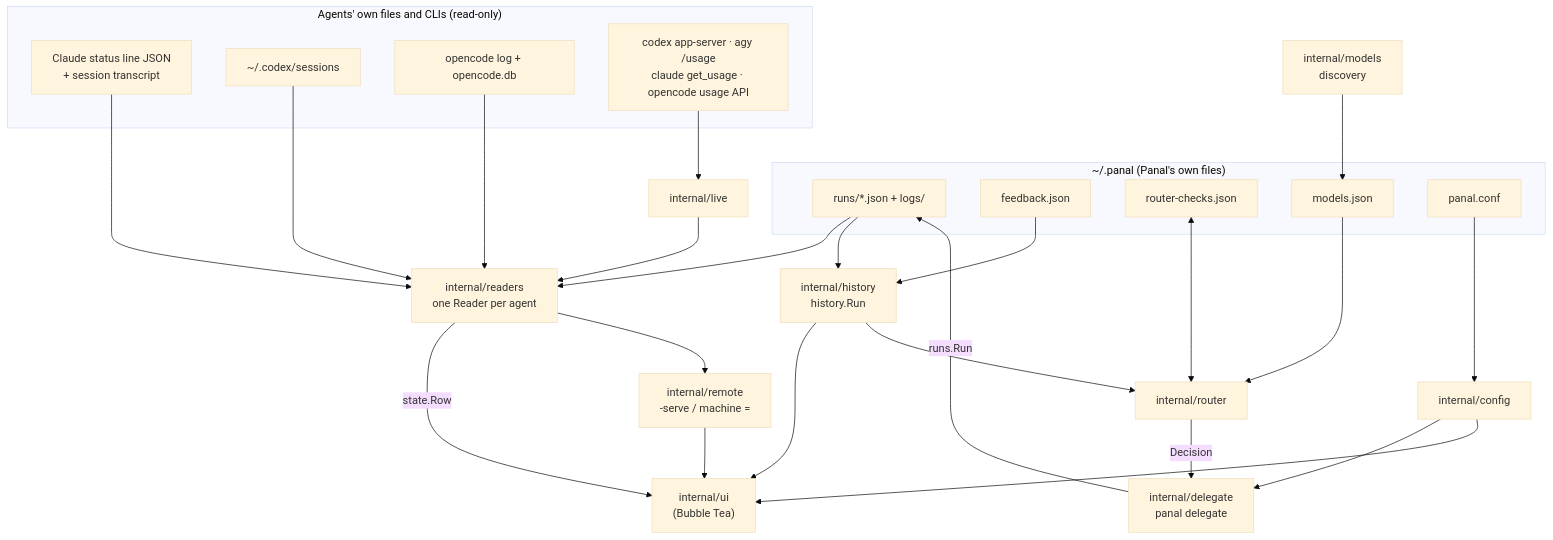
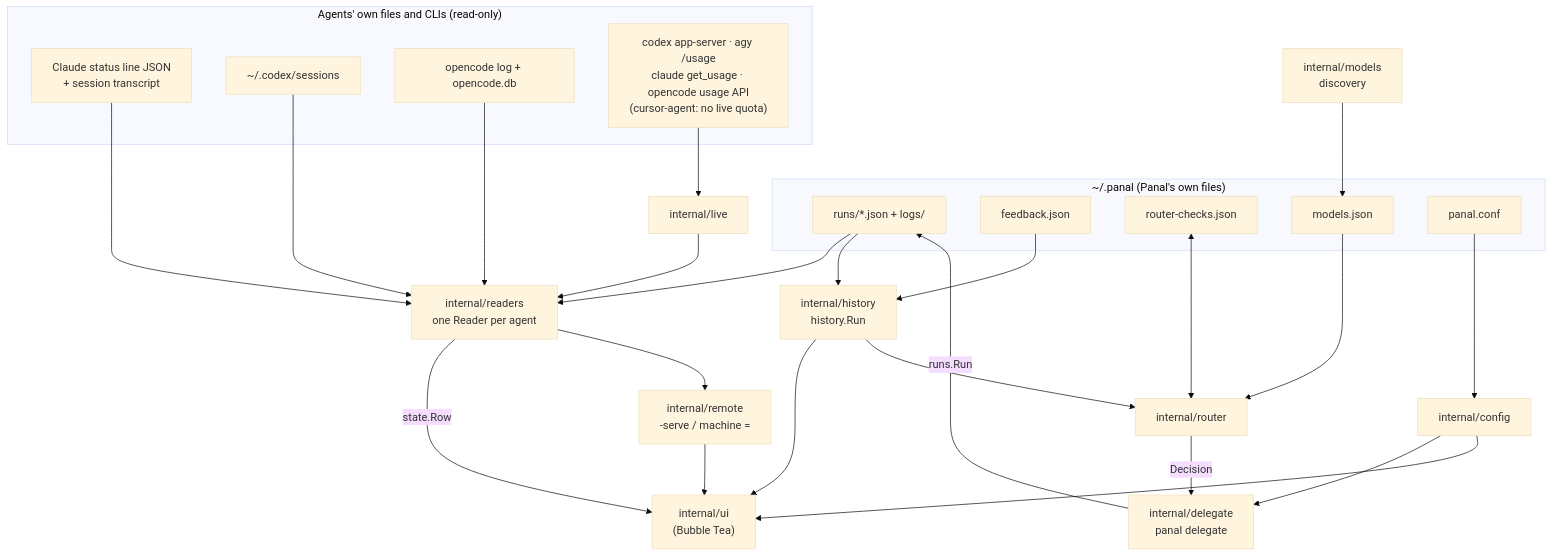
One commit to Rentheria/panal changed the diagram in docs/ARCHITECTURE.md. Above: the diagram before and after it, drawn with Mermaid (base theme). The commit also changed other lines of this file and 49 other files, not shown here.

First line of the commit message:
Add cursor-agent as a first-class Panal agent

````diff
--- a/docs/ARCHITECTURE.md
+++ b/docs/ARCHITECTURE.md
@@ -12,37 +12,37 @@
 ```mermaid
 flowchart TB
     subgraph sources["Agents' own files and CLIs (read-only)"]
         SL["Claude status line JSON<br/>+ session transcript"]
         CS["~/.codex/sessions"]
         OC["opencode log + opencode.db"]
-        CLI["codex app-server · agy /usage<br/>claude get_usage · opencode usage API"]
+        CLI["codex app-server · agy /usage<br/>claude get_usage · opencode usage API<br/>(cursor-agent: no live quota)"]
     end
 
     subgraph panal["~/.panal (Panal's own files)"]
         RF["runs/*.json + logs/"]
         FB["feedback.json"]
         CK["router-checks.json"]
         MJ["models.json"]
         CF["panal.conf"]
     end
 
     SL --> RD["internal/readers<br/>one Reader per agent"]
     CS --> RD
     OC --> RD
     CLI --> LV["internal/live"] --> RD
     RF --> RD
     RD -->|"state.Row"| UI["internal/ui<br/>(Bubble Tea)"]
     RD --> RM["internal/remote<br/>-serve / machine ="] --> UI
 
     DL["internal/delegate<br/>panal delegate"] -->|"runs.Run"| RF
     RF --> HI["internal/history<br/>history.Run"]
     FB --> HI
     HI --> UI
     HI --> RT["internal/router"]
     CK <--> RT
     MJ --> RT
     RT -->|"Decision"| DL
     MD["internal/models<br/>discovery"] --> MJ
     CF --> CFG["internal/config"] --> DL
     CFG --> UI
 ```
````
